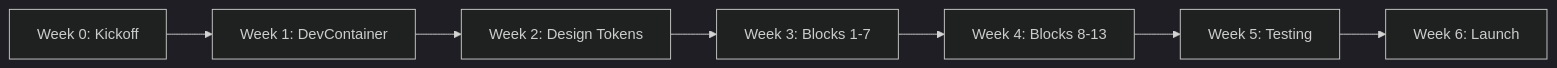
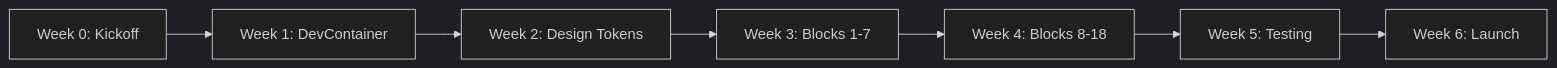
Before and after one commit to samtaylor646/kinetik-os: the first of 2 diagrams in docs/core/KINETIK-OS-PROJECT-ROADMAP.md, drawn with Mermaid (dark theme). The commit also changed other lines of this file and 3 other files, not shown here.

Commit message:
[ARCH-K] DOCS: Align core documentation with 18-block architecture

````diff
--- a/docs/core/KINETIK-OS-PROJECT-ROADMAP.md
+++ b/docs/core/KINETIK-OS-PROJECT-ROADMAP.md
@@ -37,9 +37,9 @@
 ```mermaid
 graph LR
     A[Week 0: Kickoff] --> B[Week 1: DevContainer]
     B --> C[Week 2: Design Tokens]
     C --> D[Week 3: Blocks 1-7]
-    D --> E[Week 4: Blocks 8-13]
+    D --> E[Week 4: Blocks 8-18]
     E --> F[Week 5: Testing]
     F --> G[Week 6: Launch]
 ```
````
